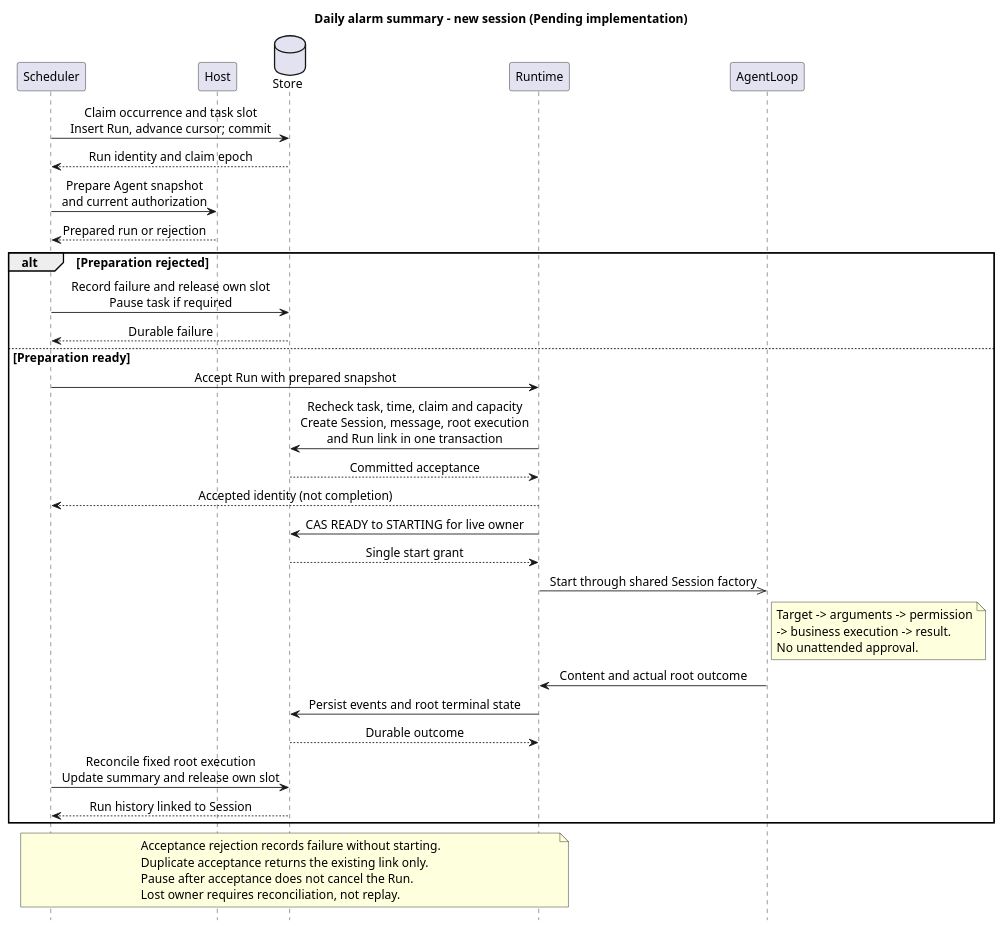
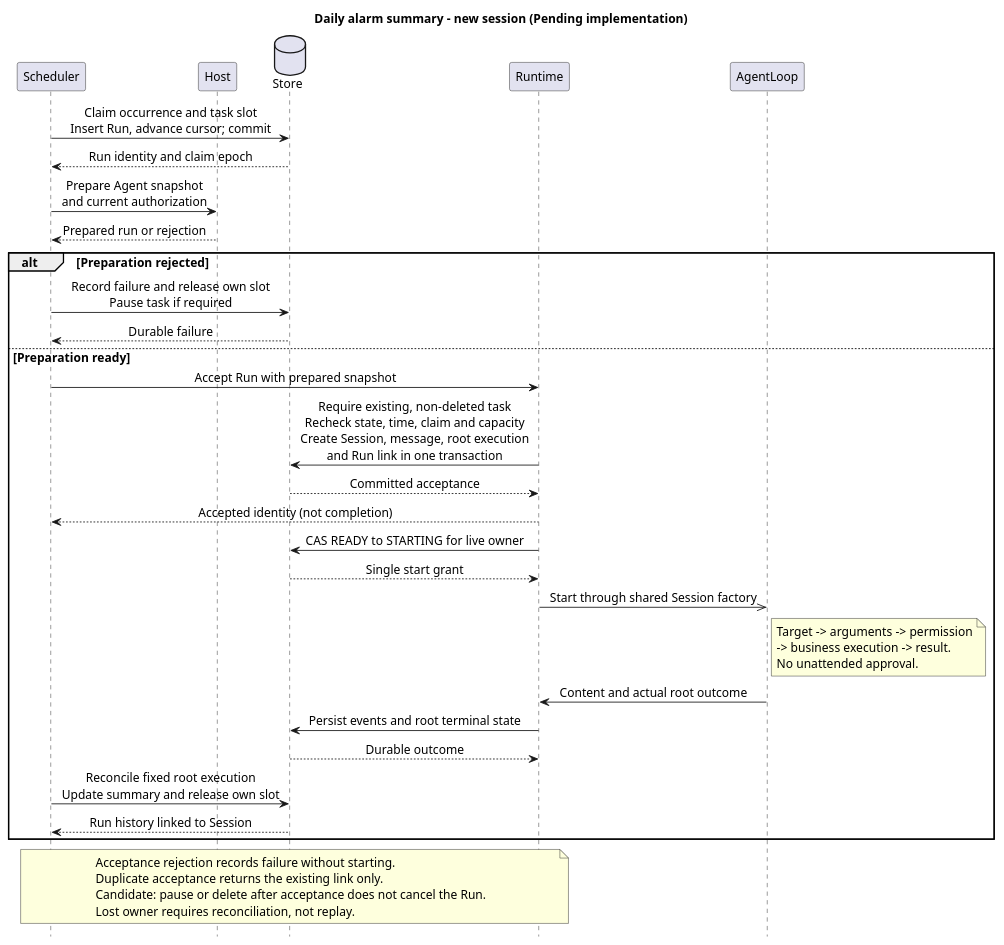
The first of 3 diagrams in 01-总体架构/08-CampusClaw定时任务/diagram.puml (ssm0808/pi-mono-java-design), drawn with PlantUML before and after one commit. The commit also changed 7 other files, not shown here.

```diff
--- a/01-总体架构/08-CampusClaw定时任务/diagram.puml
+++ b/01-总体架构/08-CampusClaw定时任务/diagram.puml
@@ -1,51 +1,51 @@
 @startuml scheduled_run_sequence
 ' Baseline: Claude scheduled-deployments, checked 2026-09-29, Beta.
 ' Source: modules/cron/src/main/java/com/campusclaw/cron/engine/CronEngine.java executeAndReschedule.
 ' Source: modules/coding-agent-cli/src/main/java/com/campusclaw/codingagent/runtimeapi/persistence/RuntimeExecutionPersistenceService.java acceptMessage.
 ' Source: modules/coding-agent-cli/src/main/java/com/campusclaw/codingagent/runtimeapi/event/RuntimeEventOutput.java persistenceOnly.
 ' Java baseline: 553dcd5e2ff682f9684810a043b442b37a02e54a.
-' Design reason: durable occurrence and atomic acceptance precede external work.
+' Design reason: durable occurrence and atomic acceptance, guarded against deletion, precede external work.
 ' Architecture change: scheduled acceptance and persistent Cron sessions are Pending implementation.
 title Daily alarm summary - new session (Pending implementation)
 hide footbox
 skinparam backgroundColor white
 skinparam defaultFontSize 14
 skinparam sequenceMessageAlign center
 participant Scheduler
 participant Host
 database Store
 participant Runtime
 participant AgentLoop
 Scheduler -> Store : Claim occurrence and task slot\nInsert Run, advance cursor; commit
 Store --> Scheduler : Run identity and claim epoch
 Scheduler -> Host : Prepare Agent snapshot\nand current authorization
 Host --> Scheduler : Prepared run or rejection
 alt Preparation rejected
   Scheduler -> Store : Record failure and release own slot\nPause task if required
   Store --> Scheduler : Durable failure
 else Preparation ready
   Scheduler -> Runtime : Accept Run with prepared snapshot
-  Runtime -> Store : Recheck task, time, claim and capacity\nCreate Session, message, root execution\nand Run link in one transaction
+  Runtime -> Store : Require existing, non-deleted task\nRecheck state, time, claim and capacity\nCreate Session, message, root execution\nand Run link in one transaction
   Store --> Runtime : Committed acceptance
   Runtime --> Scheduler : Accepted identity (not completion)
   Runtime -> Store : CAS READY to STARTING for live owner
   Store --> Runtime : Single start grant
   Runtime ->> AgentLoop : Start through shared Session factory
   note right of AgentLoop
     Target -> arguments -> permission
     -> business execution -> result.
     No unattended approval.
   end note
   AgentLoop -> Runtime : Content and actual root outcome
   Runtime -> Store : Persist events and root terminal state
   Store --> Runtime : Durable outcome
   Scheduler -> Store : Reconcile fixed root execution\nUpdate summary and release own slot
   Store --> Scheduler : Run history linked to Session
 end
 note over Scheduler, Runtime
   Acceptance rejection records failure without starting.
   Duplicate acceptance returns the existing link only.
-  Pause after acceptance does not cancel the Run.
+  Candidate: pause or delete after acceptance does not cancel the Run.
   Lost owner requires reconciliation, not replay.
 end note
 @enduml
```
